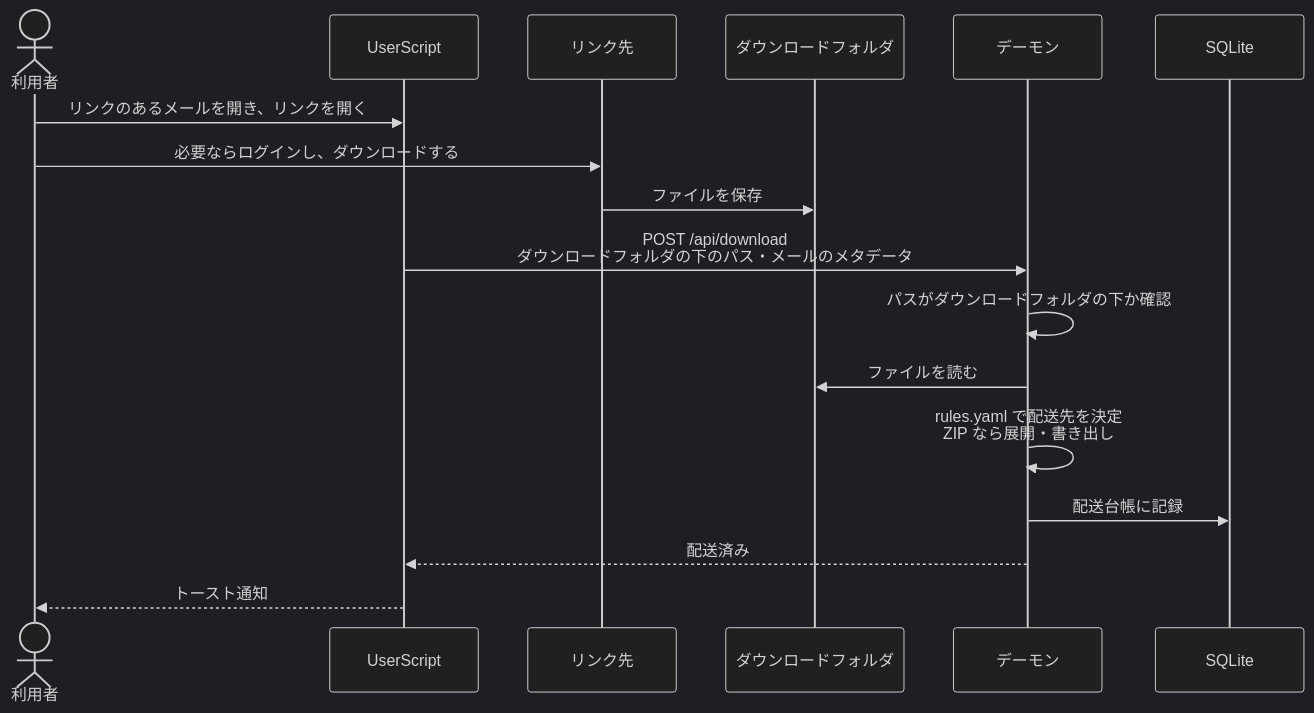
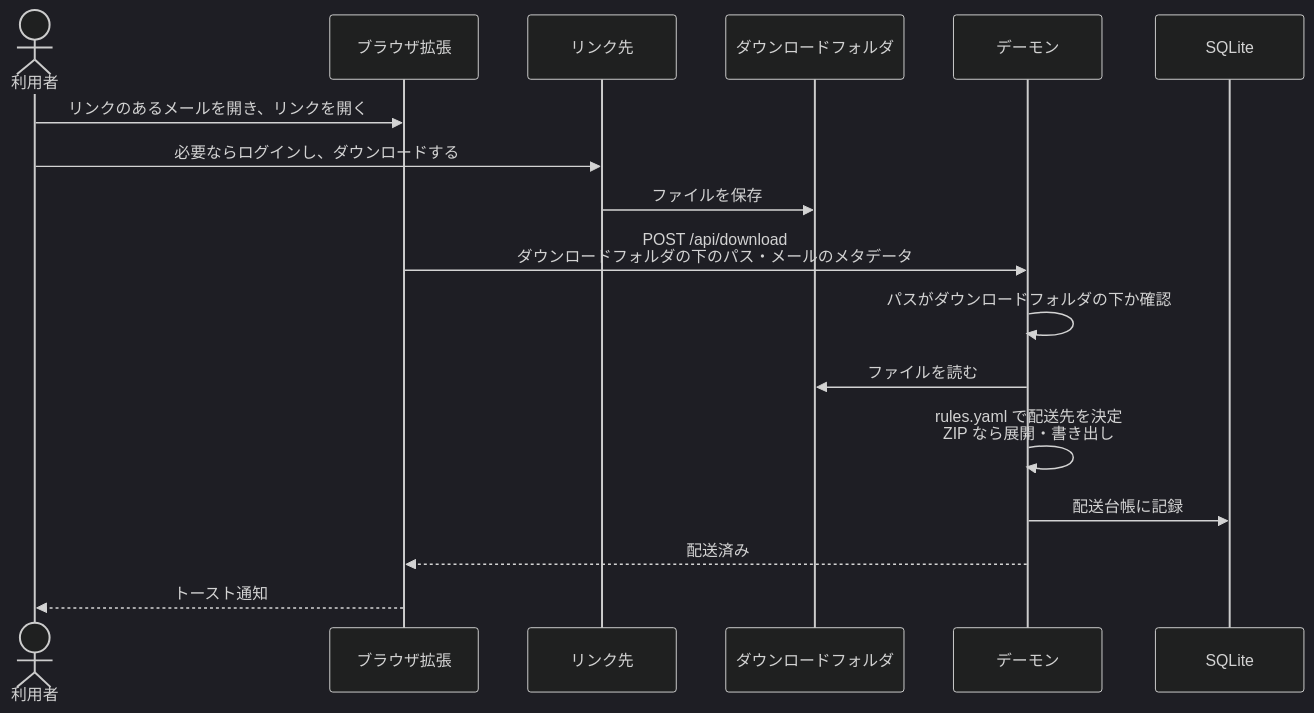
One commit to ShortArrow/ppapd changed the fourth of 5 diagrams in docs/ARCHITECTURE.md. Above: the diagram before and after it, drawn with Mermaid (dark theme). The commit also changed other lines of this file and 4 other files, not shown here.

````diff
--- a/docs/ARCHITECTURE.md
+++ b/docs/ARCHITECTURE.md
@@ -102,20 +104,20 @@
 ```mermaid
 sequenceDiagram
     actor U as 利用者
-    participant US as UserScript
+    participant US as ブラウザ拡張
     participant L as リンク先
     participant DL as ダウンロードフォルダ
     participant D as デーモン
     participant DB as SQLite
 
     U->>US: リンクのあるメールを開き、リンクを開く
     U->>L: 必要ならログインし、ダウンロードする
     L->>DL: ファイルを保存
     US->>D: POST /api/download<br/>ダウンロードフォルダの下のパス・メールのメタデータ
     D->>D: パスがダウンロードフォルダの下か確認
     D->>DL: ファイルを読む
     D->>D: rules.yaml で配送先を決定<br/>ZIP なら展開・書き出し
     D->>DB: 配送台帳に記録
     D-->>US: 配送済み
     US-->>U: トースト通知
 ```
````
